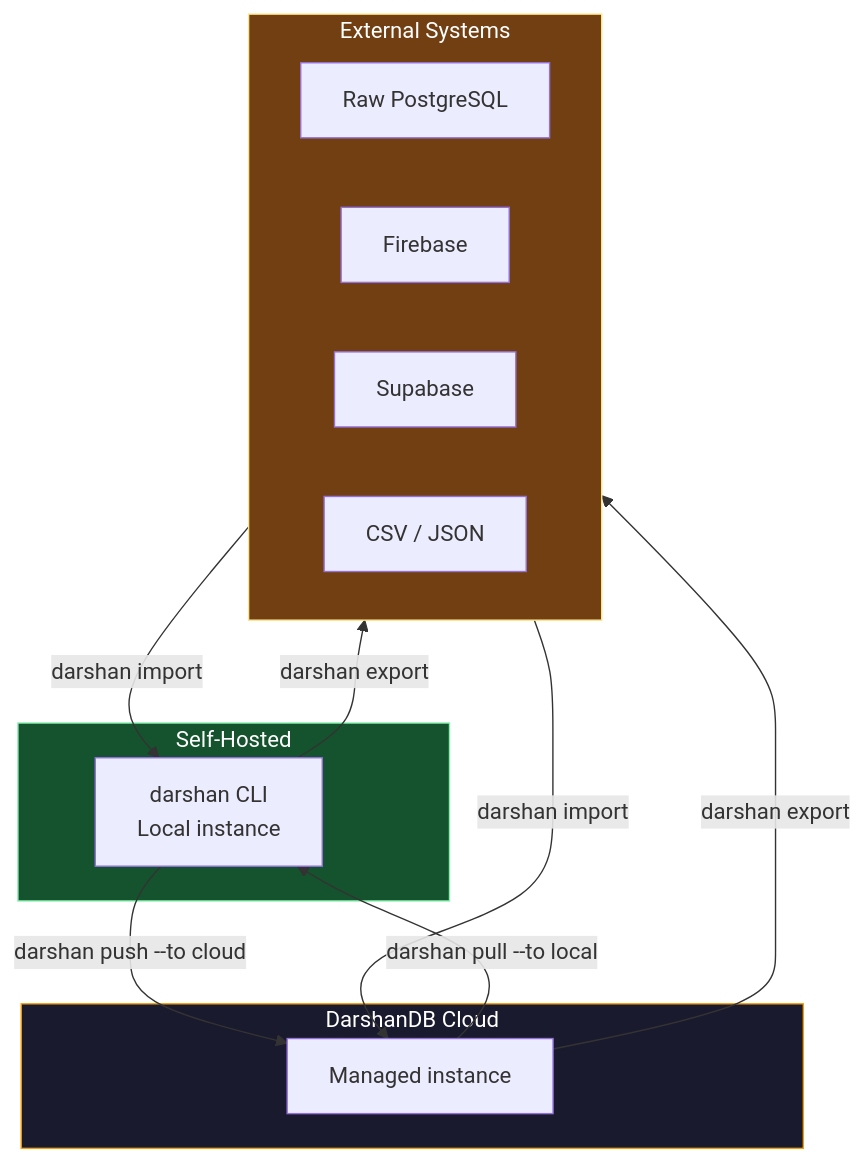
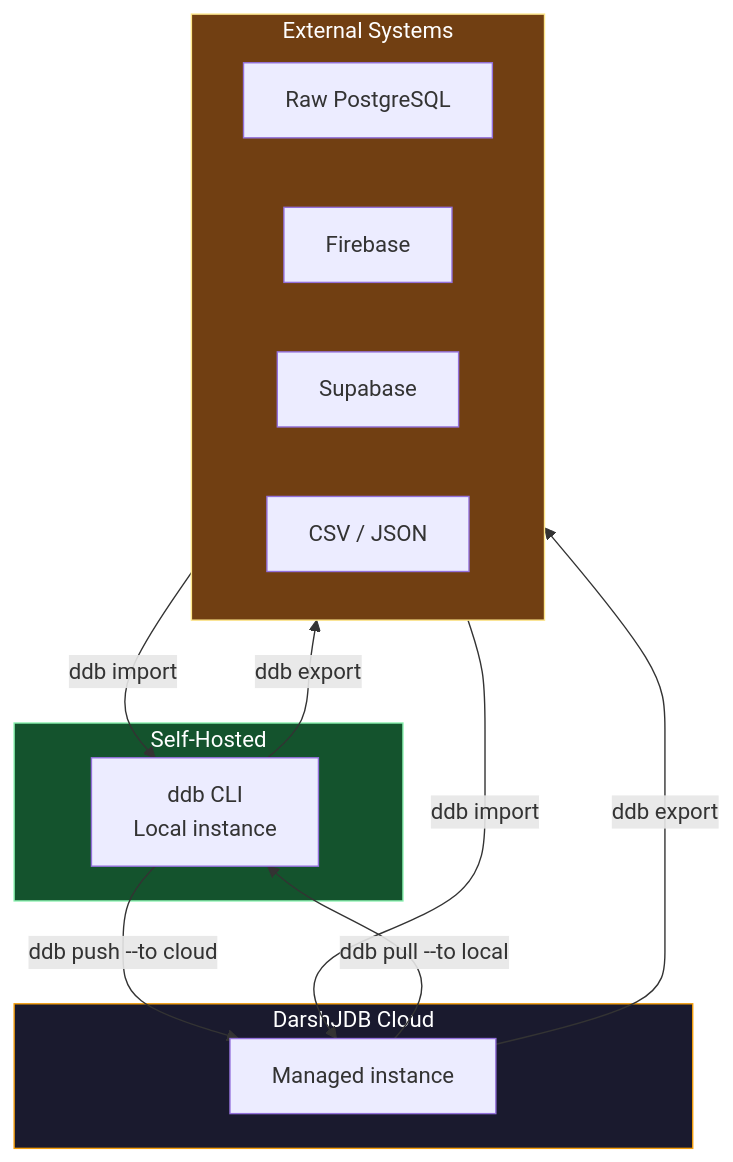
Before and after one commit to darshjme/darshjdb: the tenth of 12 diagrams in docs/strategy/ENTERPRISE_STRATEGY.md, drawn with Mermaid. The commit also changed other lines of this file and 107 other files, not shown here.

First line of the commit message:
rebrand: DarshanDB → DarshJDB (DDB)

````diff
--- a/docs/strategy/ENTERPRISE_STRATEGY.md
+++ b/docs/strategy/ENTERPRISE_STRATEGY.md
@@ -806,29 +806,29 @@
 ```mermaid
 graph TB
     subgraph SH["Self-Hosted"]
-        SH1["darshan CLI\nLocal instance"]
+        SH1["ddb CLI\nLocal instance"]
     end
 
-    subgraph Cloud["DarshanDB Cloud"]
+    subgraph Cloud["DarshJDB Cloud"]
         CL1["Managed instance"]
     end
 
-    SH1 -->|"darshan push --to cloud"| CL1
-    CL1 -->|"darshan pull --to local"| SH1
+    SH1 -->|"ddb push --to cloud"| CL1
+    CL1 -->|"ddb pull --to local"| SH1
 
     subgraph External["External Systems"]
         PG["Raw PostgreSQL"]
         FB["Firebase"]
         SB["Supabase"]
         CSV["CSV / JSON"]
     end
 
-    External -->|"darshan import"| SH1
-    External -->|"darshan import"| CL1
-    SH1 -->|"darshan export"| External
-    CL1 -->|"darshan export"| External
+    External -->|"ddb import"| SH1
+    External -->|"ddb import"| CL1
+    SH1 -->|"ddb export"| External
+    CL1 -->|"ddb export"| External
 
     style SH fill:#14532d,stroke:#86efac,color:#fff
     style Cloud fill:#1a1a2e,stroke:#F59E0B,color:#fff
     style External fill:#713f12,stroke:#fde68a,color:#fff
 ```
````
